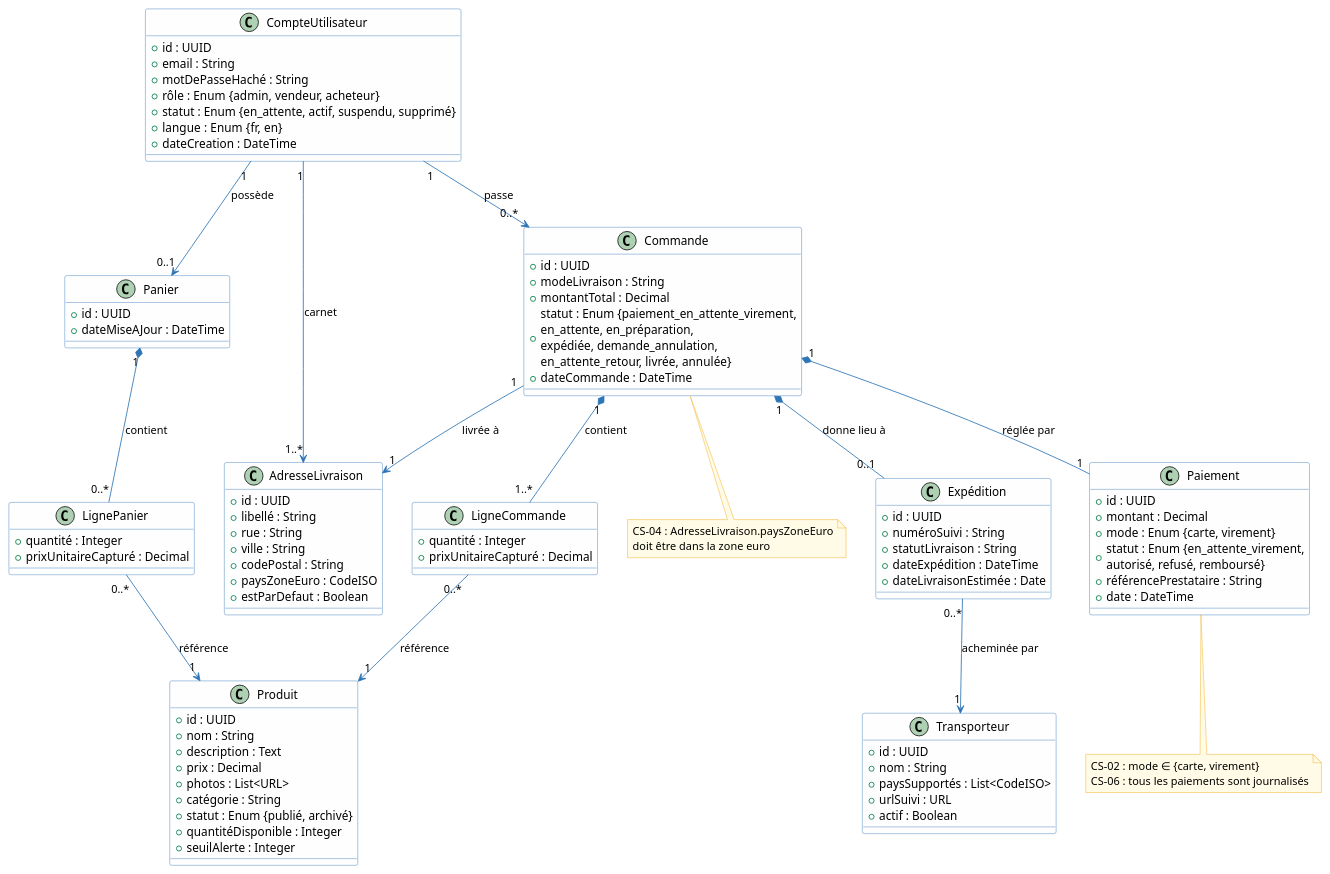
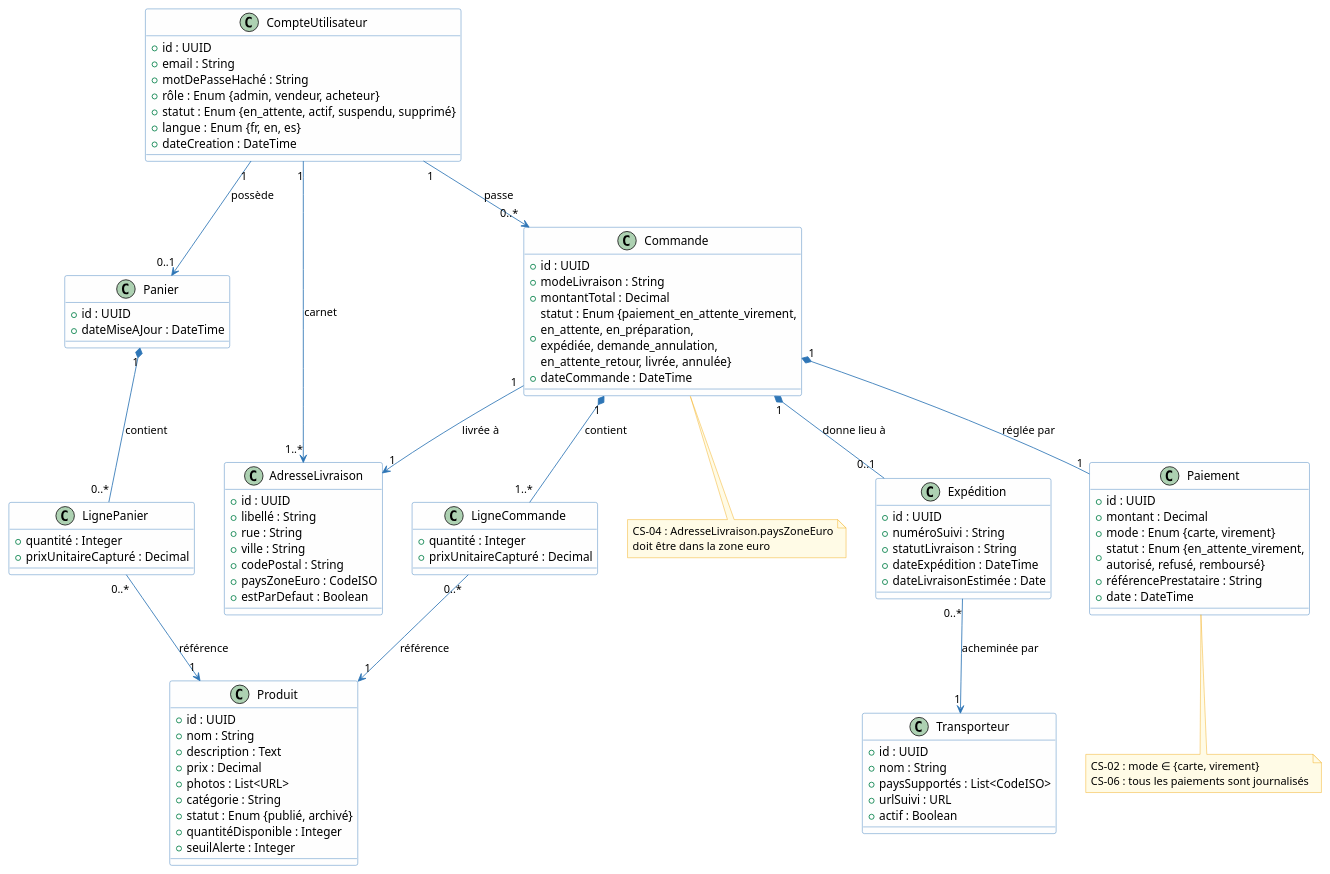
One commit to louistalvande/online_shop changed the sixth of 6 diagrams in architecture/02-system-analysis/sa.adoc. Above: the diagram before and after it, drawn with PlantUML. The commit also changed other lines of this file and 10 other files, not shown here.

```diff
--- a/architecture/02-system-analysis/sa.adoc
+++ b/architecture/02-system-analysis/sa.adoc
@@ -1383,7 +1383,7 @@
   + motDePasseHaché : String
   + rôle : Enum {admin, vendeur, acheteur}
   + statut : Enum {en_attente, actif, suspendu, supprimé}
-  + langue : Enum {fr, en}
+  + langue : Enum {fr, en, es}
   + dateCreation : DateTime
 }
 
```
